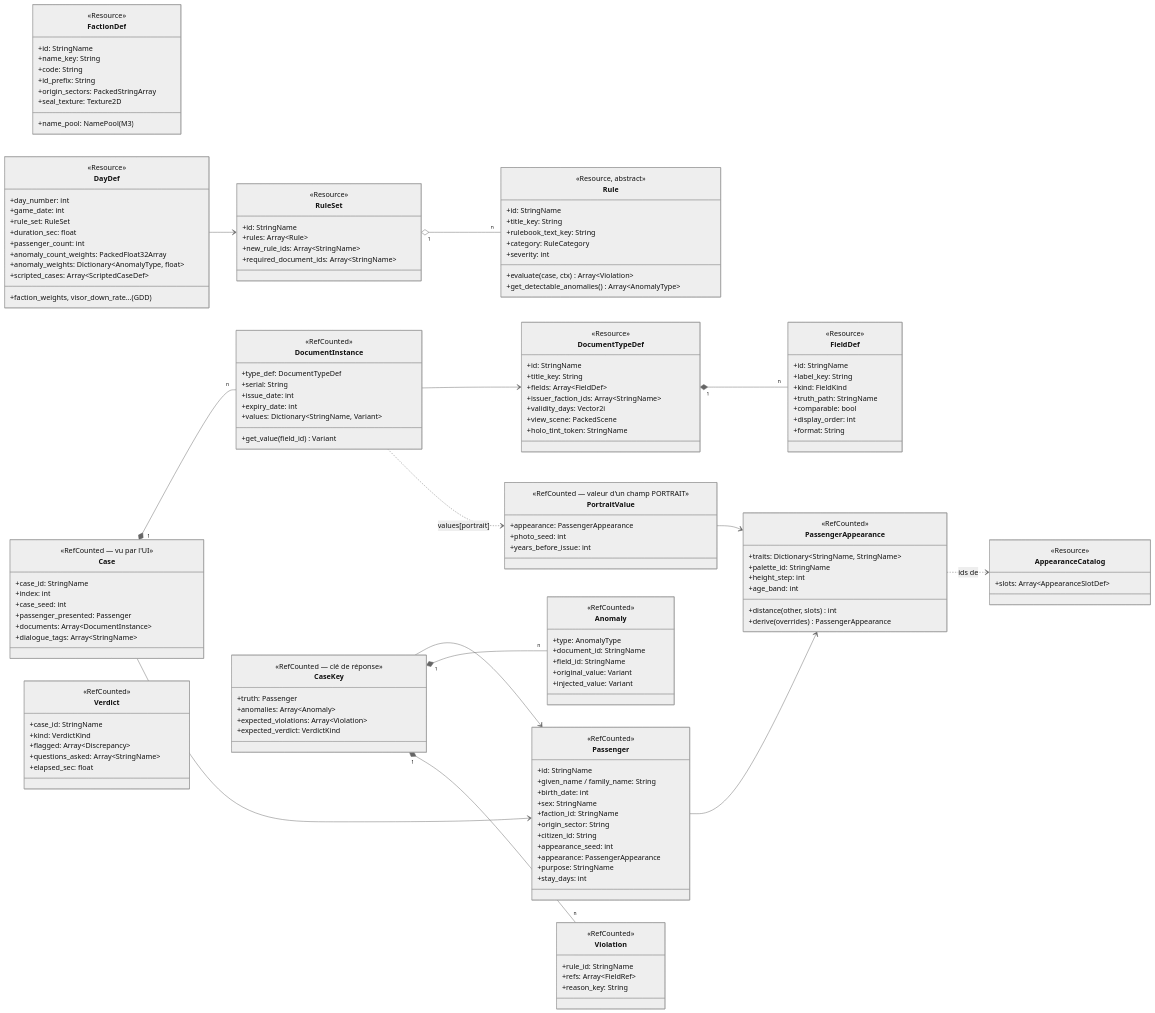
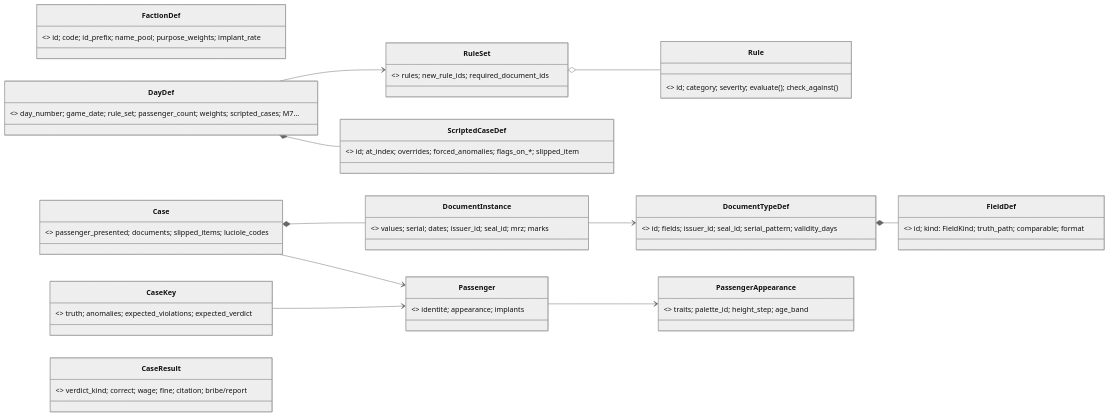
Before and after one commit to fs0ciety7000/clearance: the second of 4 diagrams in docs/ARCHITECTURE.md, drawn with Mermaid (neutral theme). The commit also changed other lines of this file, not shown here.

First line of the commit message:
ARCHITECTURE rév. 3 : documentation alignée sur le code réel, outils et pipelines, plan d'export

````diff
--- a/docs/ARCHITECTURE.md
+++ b/docs/ARCHITECTURE.md
@@ -174,156 +175,26 @@
 ```mermaid
 classDiagram
     direction LR
-    class FieldDef {
-      <<Resource>>
-      +id: StringName
-      +label_key: String
-      +kind: FieldKind
-      +truth_path: StringName
-      +comparable: bool
-      +display_order: int
-      +format: String
-    }
-    class DocumentTypeDef {
-      <<Resource>>
-      +id: StringName
-      +title_key: String
-      +fields: Array~FieldDef~
-      +issuer_faction_ids: Array~StringName~
-      +validity_days: Vector2i
-      +view_scene: PackedScene
-      +holo_tint_token: StringName
-    }
-    class FactionDef {
-      <<Resource>>
-      +id: StringName
-      +name_key: String
-      +code: String
-      +id_prefix: String
-      +origin_sectors: PackedStringArray
-      +name_pool: NamePool (M3)
-      +seal_texture: Texture2D
-    }
-    class Rule {
-      <<Resource, abstract>>
-      +id: StringName
-      +title_key: String
-      +rulebook_text_key: String
-      +category: RuleCategory
-      +severity: int
-      +evaluate(case, ctx) Array~Violation~
-      +get_detectable_anomalies() Array~AnomalyType~
-    }
-    class RuleSet {
-      <<Resource>>
-      +id: StringName
-      +rules: Array~Rule~
-      +new_rule_ids: Array~StringName~
-      +required_document_ids: Array~StringName~
-    }
-    class DayDef {
-      <<Resource>>
-      +day_number: int
-      +game_date: int
-      +rule_set: RuleSet
-      +duration_sec: float
-      +passenger_count: int
-      +anomaly_count_weights: PackedFloat32Array
-      +anomaly_weights: Dictionary~AnomalyType, float~
-      +scripted_cases: Array~ScriptedCaseDef~
-      +faction_weights, visor_down_rate… (GDD)
-    }
-    class Passenger {
-      <<RefCounted>>
-      +id: StringName
-      +given_name / family_name: String
-      +birth_date: int
-      +sex: StringName
-      +faction_id: StringName
-      +origin_sector: String
-      +citizen_id: String
-      +appearance_seed: int
-      +appearance: PassengerAppearance
-      +purpose: StringName
-      +stay_days: int
-    }
-    class PassengerAppearance {
-      <<RefCounted>>
-      +traits: Dictionary~StringName, StringName~
-      +palette_id: StringName
-      +height_step: int
-      +age_band: int
-      +distance(other, slots) int
-      +derive(overrides) PassengerAppearance
-    }
-    class PortraitValue {
-      <<RefCounted — valeur d'un champ PORTRAIT>>
-      +appearance: PassengerAppearance
-      +photo_seed: int
-      +years_before_issue: int
-    }
-    class AppearanceCatalog {
-      <<Resource>>
-      +slots: Array~AppearanceSlotDef~
-    }
-    class DocumentInstance {
-      <<RefCounted>>
-      +type_def: DocumentTypeDef
-      +serial: String
-      +issue_date: int
-      +expiry_date: int
-      +values: Dictionary~StringName, Variant~
-      +get_value(field_id) Variant
-    }
-    class Case {
-      <<RefCounted — vu par l'UI>>
-      +case_id: StringName
-      +index: int
-      +case_seed: int
-      +passenger_presented: Passenger
-      +documents: Array~DocumentInstance~
-      +dialogue_tags: Array~StringName~
-    }
-    class CaseKey {
-      <<RefCounted — clé de réponse>>
-      +truth: Passenger
-      +anomalies: Array~Anomaly~
-      +expected_violations: Array~Violation~
-      +expected_verdict: VerdictKind
-    }
-    class Anomaly {
-      <<RefCounted>>
-      +type: AnomalyType
-      +document_id: StringName
-      +field_id: StringName
-      +original_value: Variant
-      +injected_value: Variant
-    }
-    class Violation {
-      <<RefCounted>>
-      +rule_id: StringName
-      +refs: Array~FieldRef~
-      +reason_key: String
-    }
-    class Verdict {
-      <<RefCounted>>
-      +case_id: StringName
-      +kind: VerdictKind
-      +flagged: Array~Discrepancy~
-      +questions_asked: Array~StringName~
-      +elapsed_sec: float
-    }
-    DocumentTypeDef "1" *-- "n" FieldDef
-    RuleSet "1" o-- "n" Rule
+    class DocumentTypeDef { <<Resource>> id; fields; issuer_id; seal_id; serial_pattern; validity_days }
+    class FieldDef { <<Resource>> id; kind: FieldKind; truth_path; comparable; format }
+    class FactionDef { <<Resource>> id; code; id_prefix; name_pool; purpose_weights; implant_rate }
+    class Rule { <<Resource abstract>> id; category; severity; evaluate(); check_against() }
+    class RuleSet { <<Resource>> rules; new_rule_ids; required_document_ids }
+    class DayDef { <<Resource>> day_number; game_date; rule_set; passenger_count; weights; scripted_cases; M7… }
+    class ScriptedCaseDef { <<Resource>> id; at_index; overrides; forced_anomalies; flags_on_*; slipped_item }
+    class Passenger { <<RefCounted>> identité; appearance; implants }
+    class PassengerAppearance { <<RefCounted>> traits; palette_id; height_step; age_band }
+    class DocumentInstance { <<RefCounted>> values; serial; dates; issuer_id; seal_id; mrz; marks }
+    class Case { <<RefCounted vu par l'UI>> passenger_presented; documents; slipped_items; luciole_codes }
+    class CaseKey { <<RefCounted clé>> truth; anomalies; expected_violations; expected_verdict }
+    class CaseResult { <<RefCounted après verdict>> verdict_kind; correct; wage; fine; citation; bribe/report }
+    DocumentTypeDef *-- FieldDef
+    RuleSet o-- Rule
     DayDef --> RuleSet
+    DayDef *-- ScriptedCaseDef
     DocumentInstance --> DocumentTypeDef
-    Case "1" *-- "n" DocumentInstance
+    Case *-- DocumentInstance
     Case --> Passenger
     CaseKey --> Passenger
-    CaseKey "1" *-- "n" Anomaly
-    CaseKey "1" *-- "n" Violation
     Passenger --> PassengerAppearance
-    PortraitValue --> PassengerAppearance
-    DocumentInstance ..> PortraitValue : values[portrait]
-    PassengerAppearance ..> AppearanceCatalog : ids de
 ```
````
